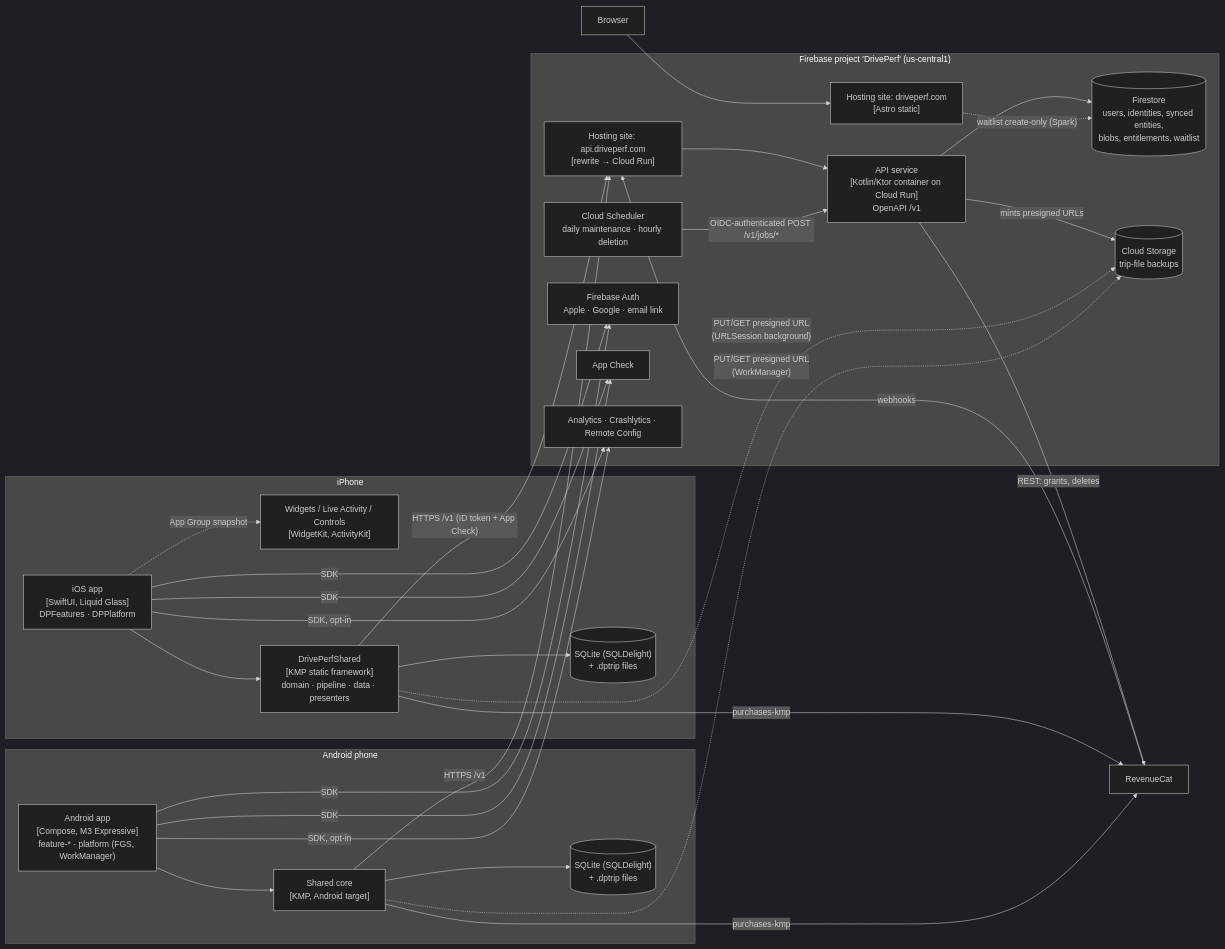
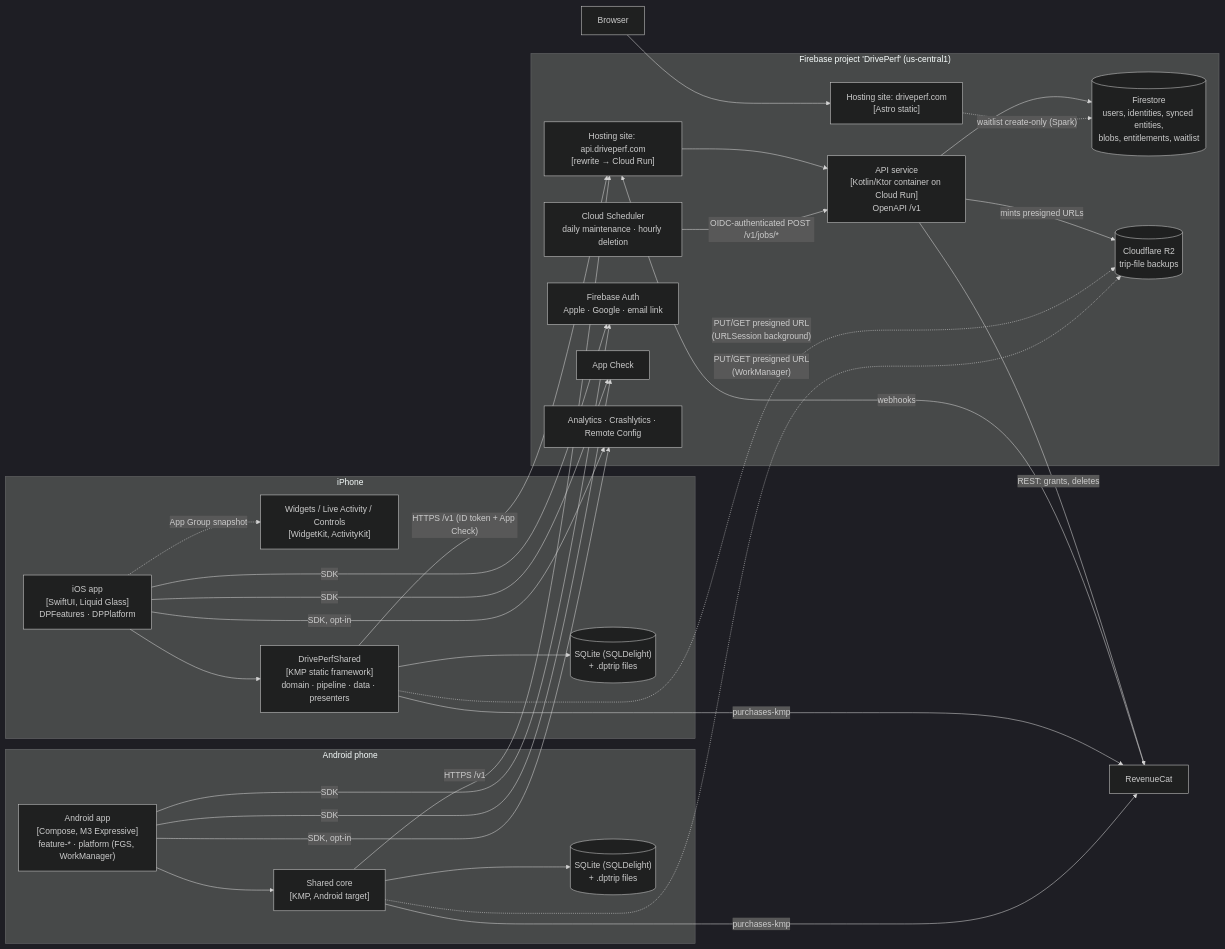
The second of 5 diagrams in docs/architecture/overview.md (theKeval/DrivePerf), drawn with Mermaid (dark theme) before and after one commit. The commit also changed other lines of this file and 43 other files, not shown here.

````diff
--- a/docs/architecture/overview.md
+++ b/docs/architecture/overview.md
@@ -53,51 +53,51 @@
 ```mermaid
 flowchart LR
     subgraph phone_ios["iPhone"]
         ios["iOS app<br/>[SwiftUI, Liquid Glass]<br/>DPFeatures · DPPlatform"]
         iosext["Widgets / Live Activity / Controls<br/>[WidgetKit, ActivityKit]"]
         kmpi["DrivePerfShared<br/>[KMP static framework]<br/>domain · pipeline · data · presenters"]
         dbi[("SQLite (SQLDelight)<br/>+ .dptrip files")]
         ios --> kmpi --> dbi
         ios -.->|"App Group snapshot"| iosext
     end
     subgraph phone_and["Android phone"]
         andapp["Android app<br/>[Compose, M3 Expressive]<br/>feature-* · platform (FGS, WorkManager)"]
         kmpa["Shared core<br/>[KMP, Android target]"]
         dba[("SQLite (SQLDelight)<br/>+ .dptrip files")]
         andapp --> kmpa --> dba
     end
 
     subgraph fb["Firebase project 'DrivePerf' (us-central1)"]
         hostweb["Hosting site: driveperf.com<br/>[Astro static]"]
         hostapi["Hosting site: api.driveperf.com<br/>[rewrite → Cloud Run]"]
         api["API service<br/>[Kotlin/Ktor container on Cloud Run]<br/>OpenAPI /v1"]
         fs[("Firestore<br/>users, identities, synced entities,<br/>blobs, entitlements, waitlist")]
-        gcs[("Cloud Storage<br/>trip-file backups")]
+        r2[("Cloudflare R2<br/>trip-file backups")]
         sched["Cloud Scheduler<br/>daily maintenance · hourly deletion"]
         auth["Firebase Auth<br/>Apple · Google · email link"]
         appcheck["App Check"]
         telem["Analytics · Crashlytics · Remote Config"]
     end
     rc["RevenueCat"]
 
     kmpi -->|"HTTPS /v1 (ID token + App Check)"| hostapi
     kmpa -->|"HTTPS /v1"| hostapi
     hostapi --> api
     api --> fs
-    api -->|"mints presigned URLs"| gcs
-    kmpi -.->|"PUT/GET presigned URL<br/>(URLSession background)"| gcs
-    kmpa -.->|"PUT/GET presigned URL<br/>(WorkManager)"| gcs
+    api -->|"mints presigned URLs"| r2
+    kmpi -.->|"PUT/GET presigned URL<br/>(URLSession background)"| r2
+    kmpa -.->|"PUT/GET presigned URL<br/>(WorkManager)"| r2
     sched -->|"OIDC-authenticated POST /v1/jobs/*"| api
     ios -->|"SDK"| auth
     andapp -->|"SDK"| auth
     ios -->|"SDK"| appcheck
     andapp -->|"SDK"| appcheck
     ios -->|"SDK, opt-in"| telem
     andapp -->|"SDK, opt-in"| telem
     kmpi -->|"purchases-kmp"| rc
     kmpa -->|"purchases-kmp"| rc
     rc -->|"webhooks"| hostapi
     api -->|"REST: grants, deletes"| rc
     web["Browser"] --> hostweb
     hostweb -.->|"waitlist create-only (Spark)"| fs
 ```
````
